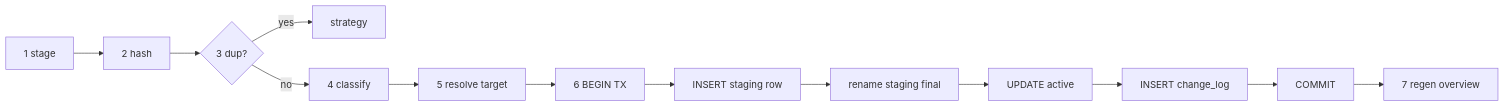
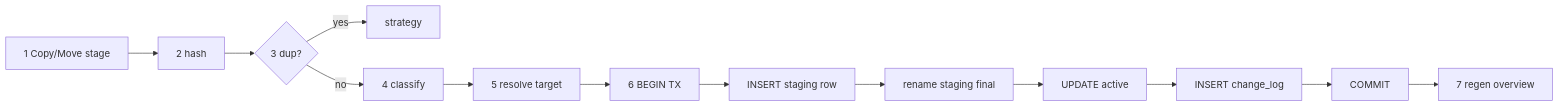
Before and after one commit to AreaSong/AreaMatrix: the diagram in docs/modules/storage.md, drawn with Mermaid. The commit also changed other lines of this file and 21 other files, not shown here.

````diff
--- a/docs/modules/storage.md
+++ b/docs/modules/storage.md
@@ -61,15 +67,15 @@
 ```mermaid
 flowchart LR
-    A[1 stage] --> B[2 hash]
+    A[1 Copy/Move stage] --> B[2 hash]
     B --> C{3 dup?}
     C -->|yes| D[strategy]
     C -->|no| E[4 classify]
     E --> F[5 resolve target]
     F --> G[6 BEGIN TX]
     G --> H[INSERT staging row]
     H --> I[rename staging final]
     I --> J[UPDATE active]
     J --> K[INSERT change_log]
     K --> L[COMMIT]
     L --> M[7 regen overview]
 ```
````
